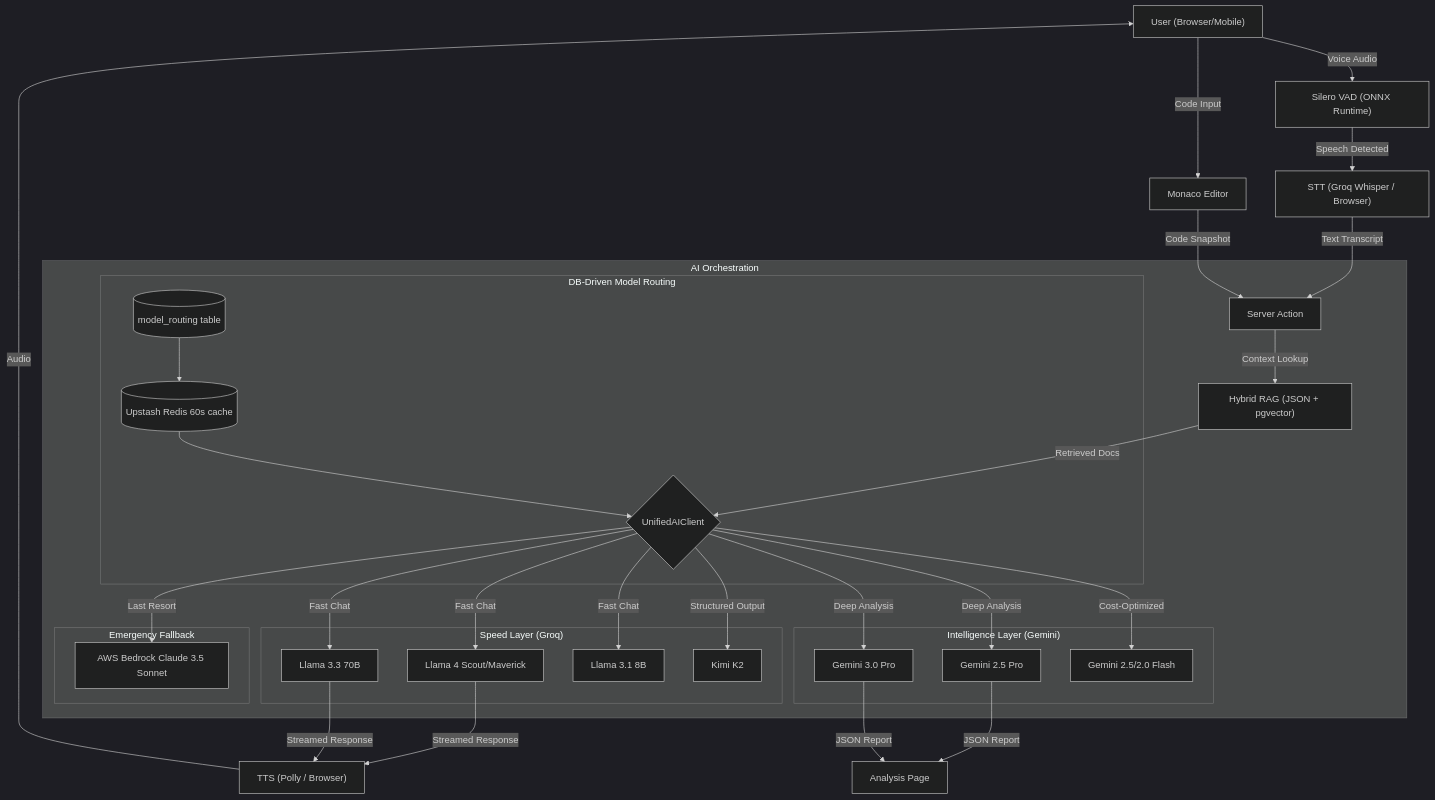
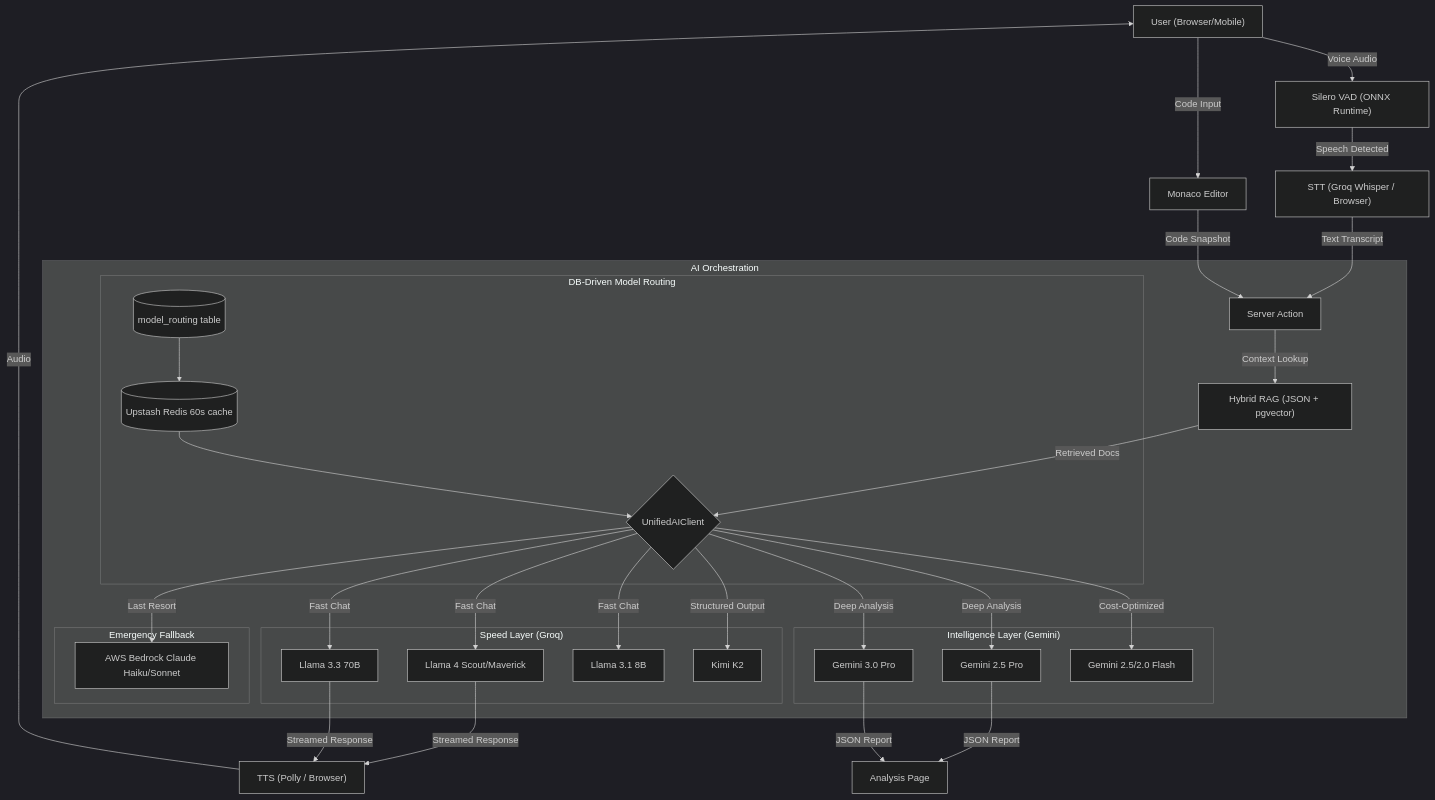
One commit to ANIRUDDH-001/algomind changed the diagram in DESIGN.md. Above: the diagram before and after it, drawn with Mermaid (dark theme). The commit also changed other lines of this file and 7 other files, not shown here.

Commit message:
Update docs with AWS Bedrock and benchmarking details

````diff
--- a/DESIGN.md
+++ b/DESIGN.md
@@ -20,48 +20,48 @@
 ```mermaid
 graph TD
     User["User (Browser/Mobile)"] -->|Voice Audio| VAD["Silero VAD (ONNX Runtime)"]
     User -->|Code Input| Editor[Monaco Editor]
 
     VAD -->|Speech Detected| STT["STT (Groq Whisper / Browser)"]
     STT -->|Text Transcript| ServerAction[Server Action]
     Editor -->|Code Snapshot| ServerAction
 
     subgraph "AI Orchestration"
         ServerAction -->|Context Lookup| RAG["Hybrid RAG (JSON + pgvector)"]
         RAG -->|Retrieved Docs| Router{UnifiedAIClient}
 
         subgraph "DB-Driven Model Routing"
             ModelTable[(model_routing table)]
             Redis[(Upstash Redis 60s cache)]
             ModelTable --> Redis
             Redis --> Router
         end
 
         subgraph "Speed Layer (Groq)"
             Llama4[Llama 4 Scout/Maverick]
             Llama33[Llama 3.3 70B]
             Llama31[Llama 3.1 8B]
             KimiK2[Kimi K2]
         end
 
         subgraph "Intelligence Layer (Gemini)"
             Gemini25Pro[Gemini 2.5 Pro]
             Gemini3Pro[Gemini 3.0 Pro]
             GeminiFlash[Gemini 2.5/2.0 Flash]
         end
 
         subgraph "Emergency Fallback"
-            Bedrock[AWS Bedrock Claude 3.5 Sonnet]
+            Bedrock[AWS Bedrock Claude Haiku/Sonnet]
         end
 
         Router -->|Fast Chat| Llama4 & Llama33 & Llama31
         Router -->|Structured Output| KimiK2
         Router -->|Deep Analysis| Gemini25Pro & Gemini3Pro
         Router -->|Cost-Optimized| GeminiFlash
         Router -->|Last Resort| Bedrock
     end
 
     Llama4 & Llama33 -->|Streamed Response| TTS["TTS (Polly / Browser)"]
     Gemini25Pro & Gemini3Pro -->|JSON Report| AnalysisPage[Analysis Page]
     TTS -->|Audio| User
 ```
````
